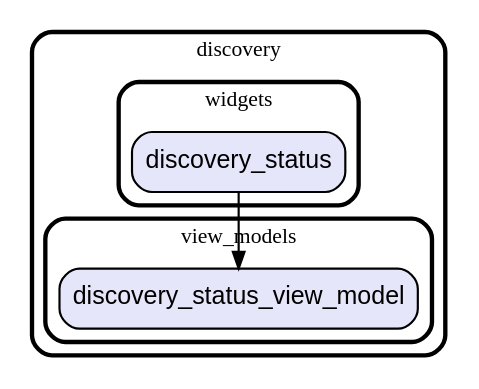
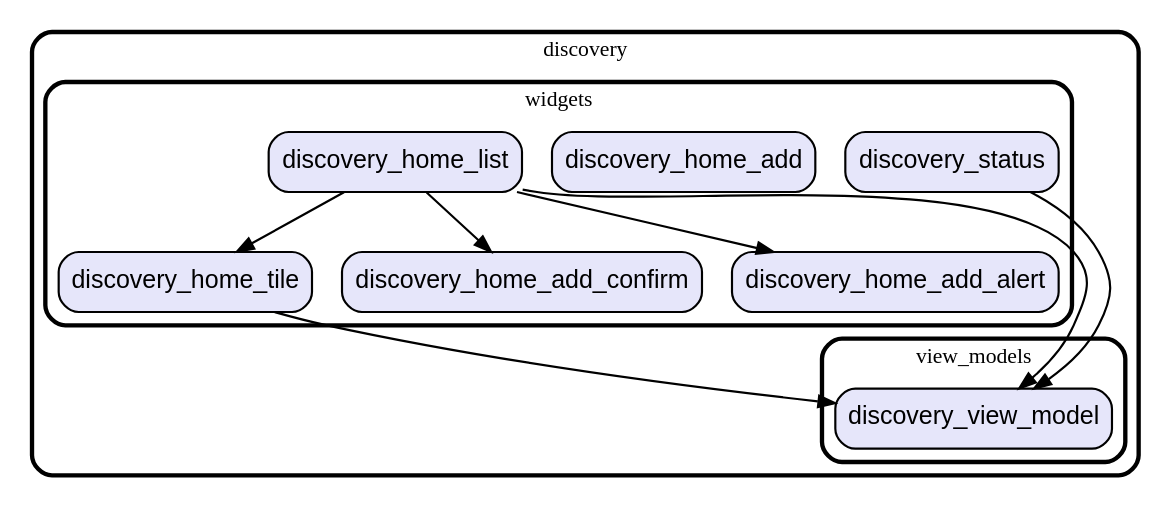
Before and after one commit to gev/reacthome-mobile: the diagram in graph/lib/ui/fragments/discovery.dot, drawn with Graphviz. The commit also changed 222 other files, not shown here.

```diff
--- a/graph/lib/ui/fragments/discovery.dot
+++ b/graph/lib/ui/fragments/discovery.dot
@@ -1,19 +1,34 @@
 digraph "" {
   graph [style=rounded fontname="Arial Black" fontsize=13 penwidth=2.6];
   node [shape=rect style="filled,rounded" fontname=Arial fontsize=15 fillcolor=Lavender penwidth=1.3];
   edge [penwidth=1.3];
-  "/view_models/discovery_status_view_model.dart" [label="discovery_status_view_model"];
+  "/view_models/discovery_view_model.dart" [label="discovery_view_model"];
+  "/widgets/discovery_home_add_confirm.dart" [label="discovery_home_add_confirm"];
   "/widgets/discovery_status.dart" [label="discovery_status"];
+  "/widgets/discovery_home_add_alert.dart" [label="discovery_home_add_alert"];
+  "/widgets/discovery_home_add.dart" [label="discovery_home_add"];
+  "/widgets/discovery_home_tile.dart" [label="discovery_home_tile"];
+  "/widgets/discovery_home_list.dart" [label="discovery_home_list"];
   subgraph "cluster~" {
     label="discovery";
     subgraph "cluster~/view_models" {
       label="view_models";
-      "/view_models/discovery_status_view_model.dart";
+      "/view_models/discovery_view_model.dart";
     }
     subgraph "cluster~/widgets" {
       label="widgets";
+      "/widgets/discovery_home_add_confirm.dart";
       "/widgets/discovery_status.dart";
+      "/widgets/discovery_home_add_alert.dart";
+      "/widgets/discovery_home_add.dart";
+      "/widgets/discovery_home_tile.dart";
+      "/widgets/discovery_home_list.dart";
     }
   }
-  "/widgets/discovery_status.dart" -> "/view_models/discovery_status_view_model.dart";
+  "/widgets/discovery_status.dart" -> "/view_models/discovery_view_model.dart";
+  "/widgets/discovery_home_tile.dart" -> "/view_models/discovery_view_model.dart";
+  "/widgets/discovery_home_list.dart" -> "/view_models/discovery_view_model.dart";
+  "/widgets/discovery_home_list.dart" -> "/widgets/discovery_home_add_alert.dart";
+  "/widgets/discovery_home_list.dart" -> "/widgets/discovery_home_add_confirm.dart";
+  "/widgets/discovery_home_list.dart" -> "/widgets/discovery_home_tile.dart";
 }
```
